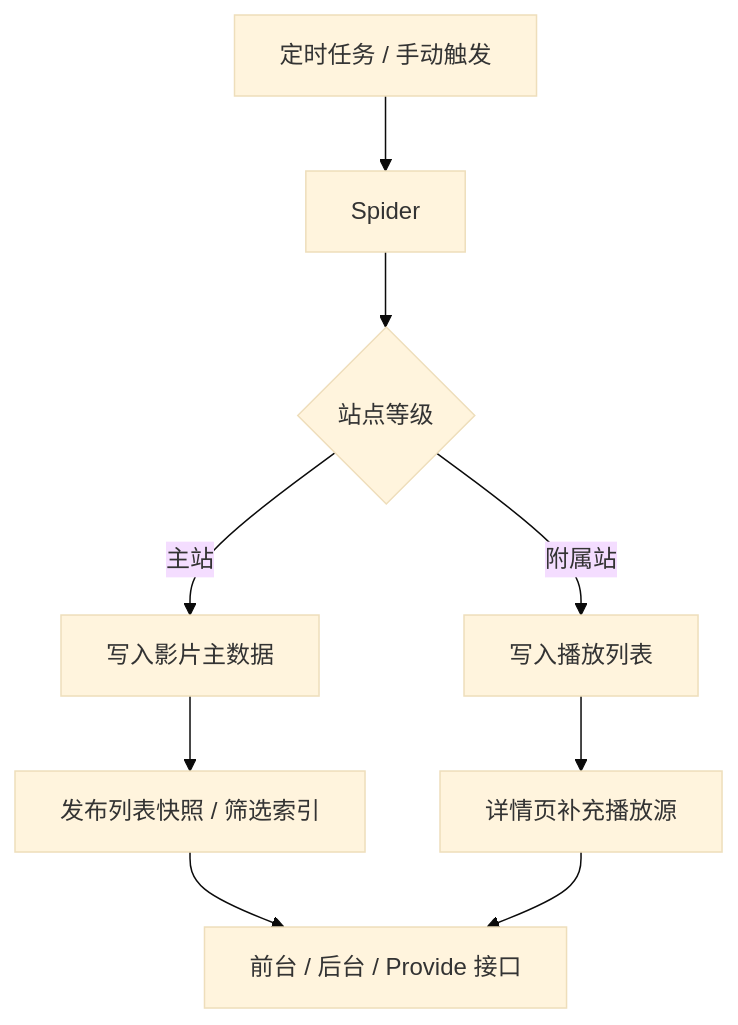
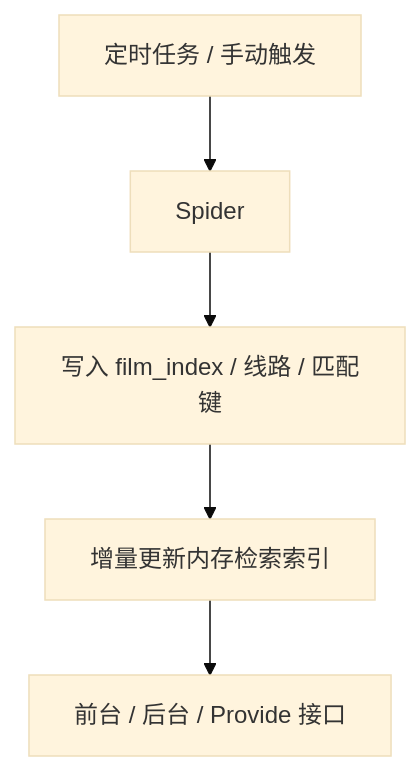
One commit to fe-spark/EcoHub changed the second of 3 diagrams in server/README.md. Above: the diagram before and after it, drawn with Mermaid (base theme). The commit also changed other lines of this file and 131 other files, not shown here.

````diff
--- a/server/README.md
+++ b/server/README.md
@@ -201,11 +201,7 @@
 ```mermaid
 flowchart TD
     Trigger["定时任务 / 手动触发"] --> Spider["Spider"]
-    Spider --> Level{"站点等级"}
-    Level -->|主站| Master["写入影片主数据"]
-    Level -->|附属站| Slave["写入播放列表"]
-    Master --> Snapshot["发布列表快照 / 筛选索引"]
-    Slave --> Aggregate["详情页补充播放源"]
-    Snapshot --> PublicAPI["前台 / 后台 / Provide 接口"]
-    Aggregate --> PublicAPI
+    Spider --> Write["写入 film_index / 线路 / 匹配键"]
+    Write --> Index["增量更新内存检索索引"]
+    Index --> PublicAPI["前台 / 后台 / Provide 接口"]
 ```
````
